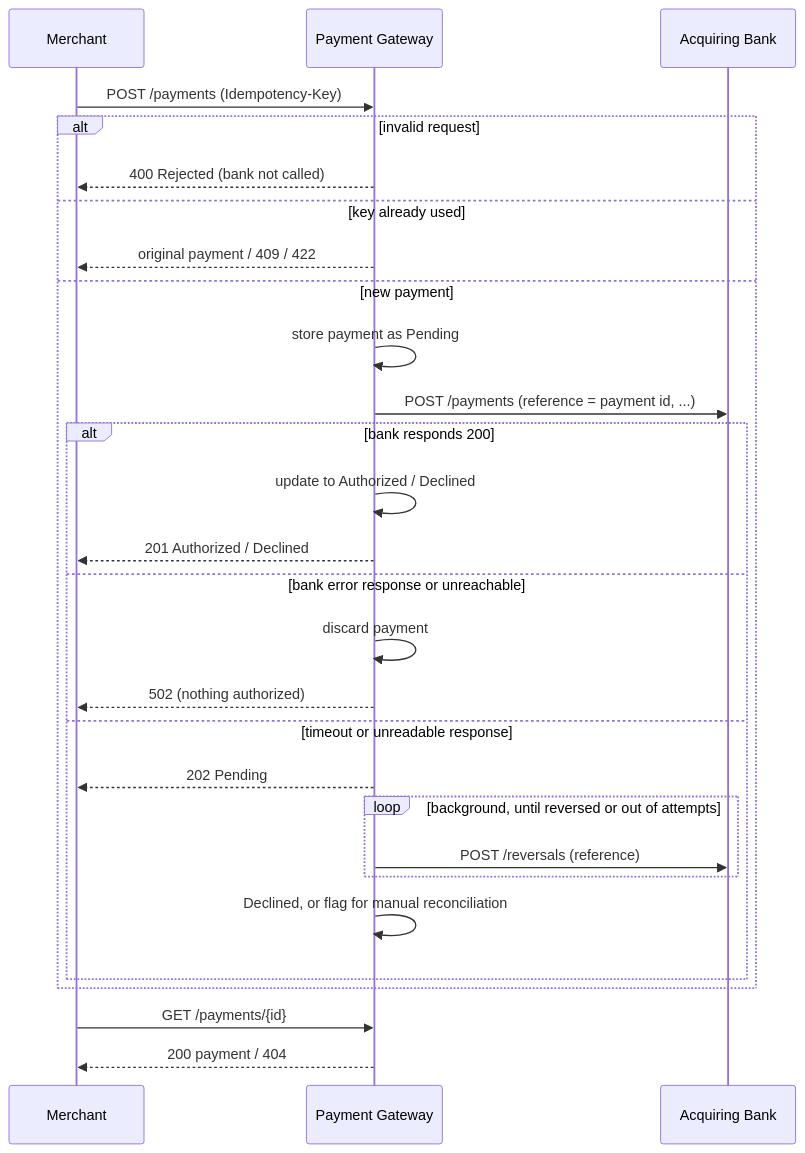
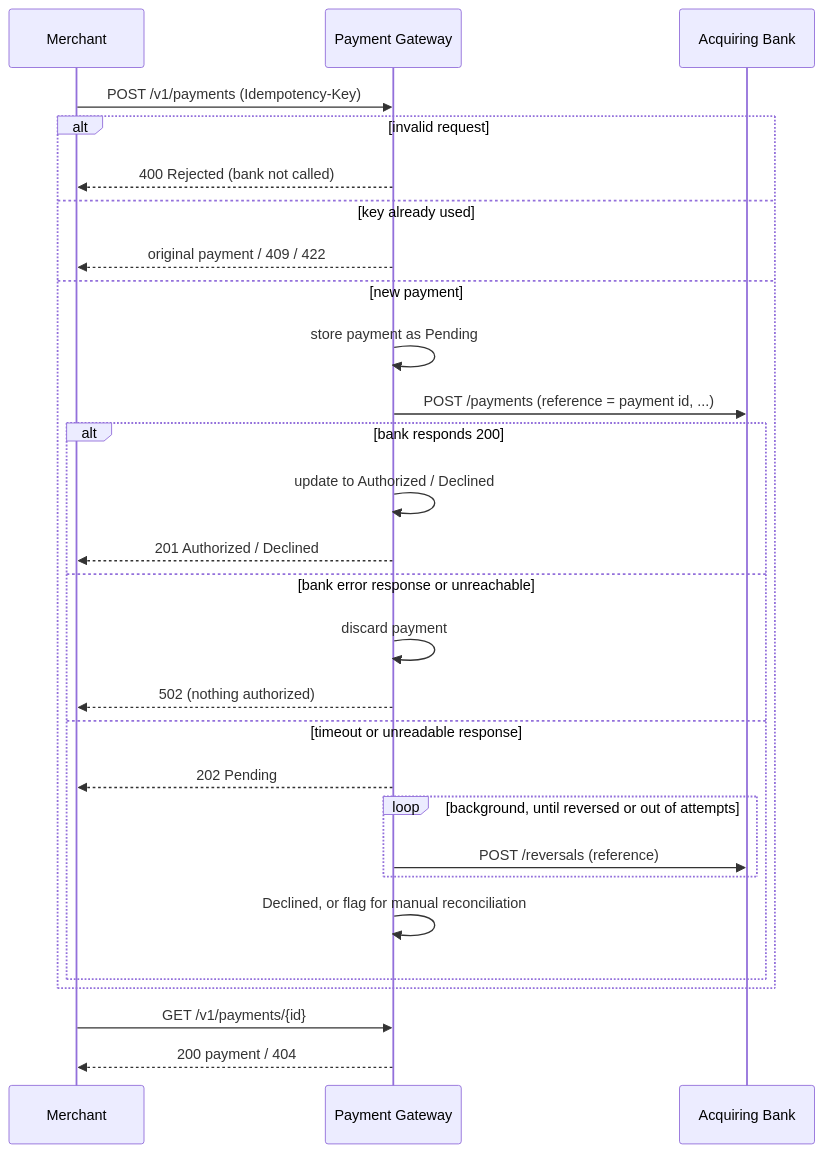
Before and after one commit to MGhee/payment-gateway-challenge-java: the diagram in README.md, drawn with Mermaid. The commit also changed other lines of this file and 20 other files, not shown here.

````diff
--- a/README.md
+++ b/README.md
@@ -141,30 +157,30 @@
 ```mermaid
 sequenceDiagram
     participant M as Merchant
     participant G as Payment Gateway
     participant B as Acquiring Bank
-    M->>G: POST /payments (Idempotency-Key)
+    M->>G: POST /v1/payments (Idempotency-Key)
     alt invalid request
         G-->>M: 400 Rejected (bank not called)
     else key already used
         G-->>M: original payment / 409 / 422
     else new payment
         G->>G: store payment as Pending
         G->>B: POST /payments (reference = payment id, ...)
         alt bank responds 200
             G->>G: update to Authorized / Declined
             G-->>M: 201 Authorized / Declined
         else bank error response or unreachable
             G->>G: discard payment
             G-->>M: 502 (nothing authorized)
         else timeout or unreadable response
             G-->>M: 202 Pending
             loop background, until reversed or out of attempts
                 G->>B: POST /reversals (reference)
             end
             G->>G: Declined, or flag for manual reconciliation
         end
     end
-    M->>G: GET /payments/{id}
+    M->>G: GET /v1/payments/{id}
     G-->>M: 200 payment / 404
 ```
````
